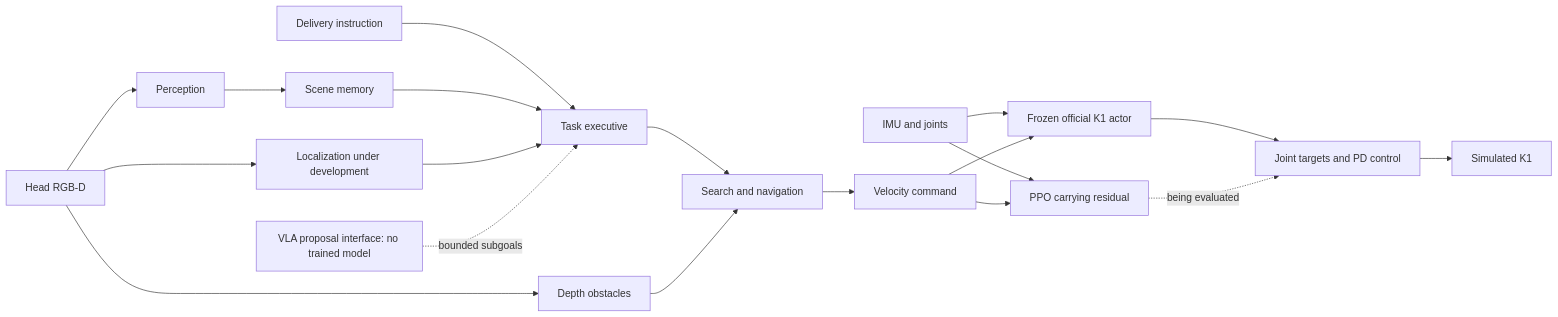
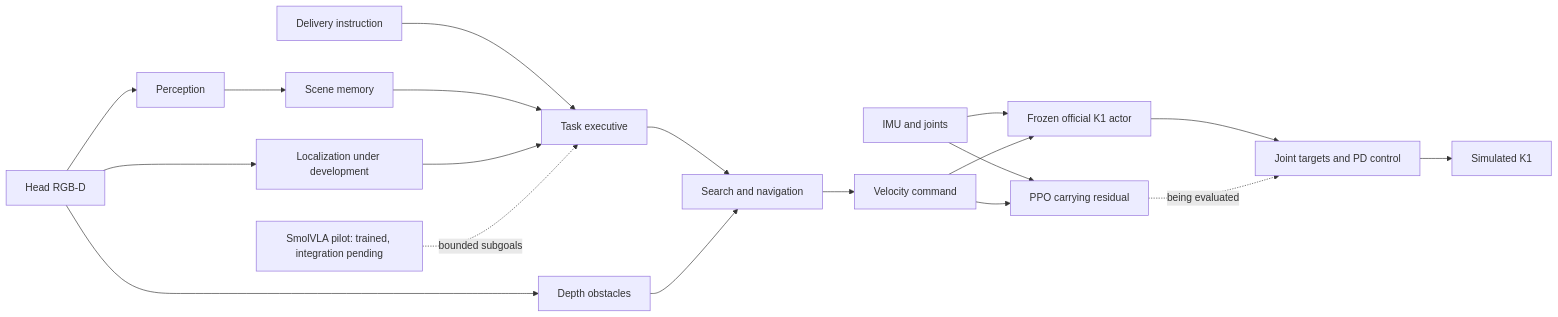
One commit to KaushikSiva/k1-meal-delivery changed the diagram in README.md. Above: the diagram before and after it, drawn with Mermaid. The commit also changed other lines of this file and 62 other files, not shown here.

Commit message:
Fine-tune SmolVLA on sensor-derived K1 demonstrations and verify checkpoint

````diff
--- a/README.md
+++ b/README.md
@@ -44,21 +46,21 @@
 ```mermaid
 flowchart LR
   RGBD[Head RGB-D] --> PER[Perception]
   PER --> MEM[Scene memory]
   RGBD --> LOC[Localization under development]
   RGBD --> OBS[Depth obstacles]
   INSTR[Delivery instruction] --> EXEC[Task executive]
   MEM --> EXEC
   LOC --> EXEC
   EXEC --> NAV[Search and navigation]
   OBS --> NAV
-  VLA[VLA proposal interface: no trained model] -. bounded subgoals .-> EXEC
+  VLA[SmolVLA pilot: trained, integration pending] -. bounded subgoals .-> EXEC
   NAV --> CMD[Velocity command]
   IMU[IMU and joints] --> WALK[Frozen official K1 actor]
   CMD --> WALK
   IMU --> PPO[PPO carrying residual]
   CMD --> PPO
   WALK --> PD[Joint targets and PD control]
   PPO -. being evaluated .-> PD
   PD --> ROBOT[Simulated K1]
 ```
````
